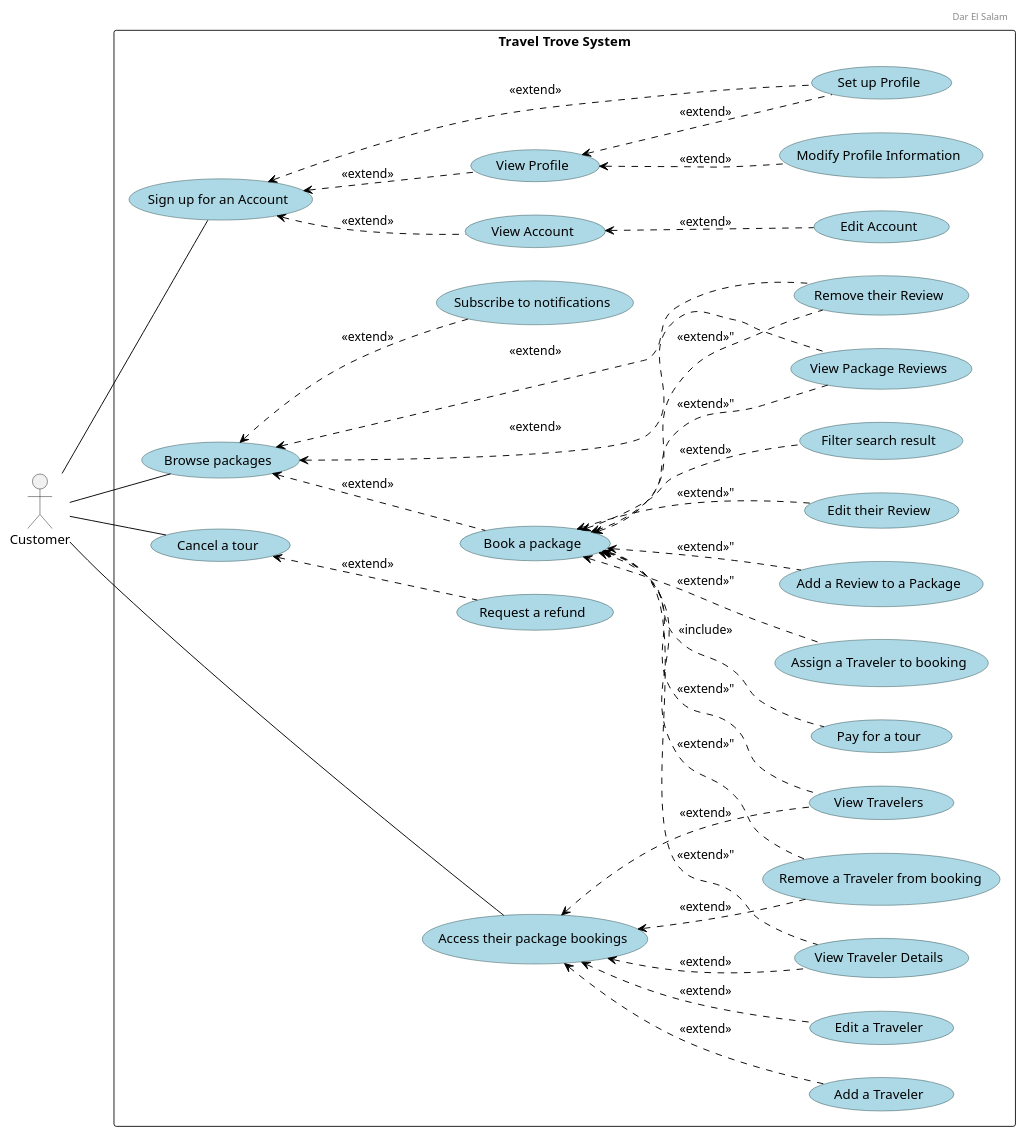
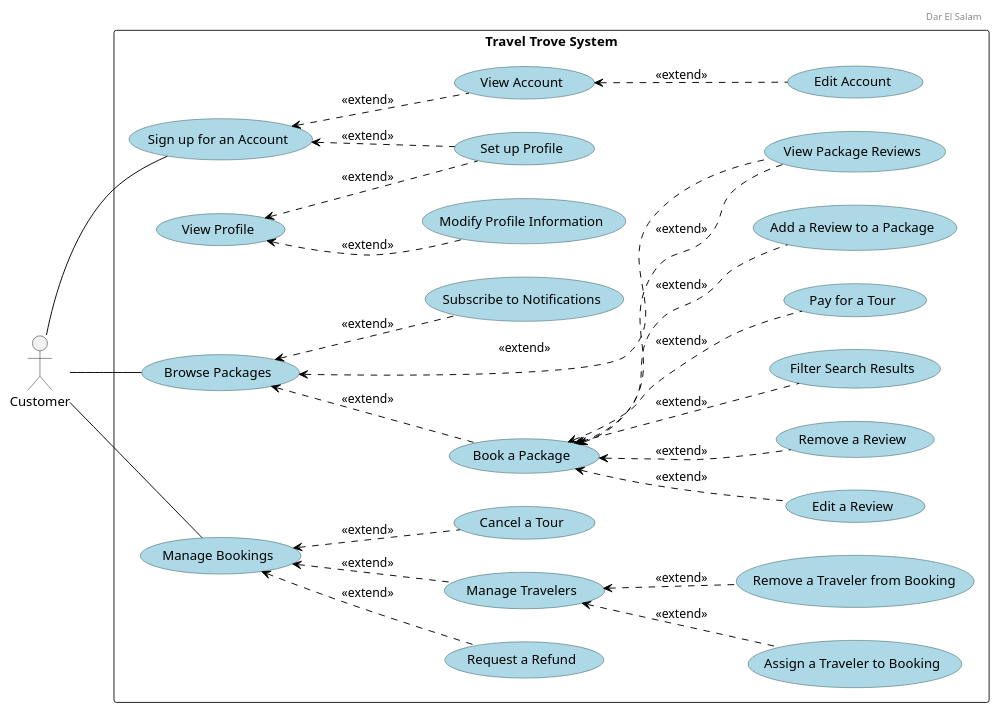
Before and after one commit to Hares-2088/TravelTrove: the diagram in diagrams/use cases/Customer.puml, drawn with PlantUML. The commit also changed 3 other files, not shown here.

Commit message:
some diagrams

```diff
--- a/diagrams/use cases/Customer.puml
+++ b/diagrams/use cases/Customer.puml
@@ -1,88 +1,85 @@
 @startuml
 
 left to right direction
 
 ' Add a header with left alignment
 header
 Dar El Salam
 endheader
 
 ' Align the header text to the left
 skinparam headerAlignment left
 
 ' Custom skin parameters for use cases
 skinparam usecase {
     BackgroundColor lightblue
     BorderColor DarkSlateGray
     ArrowColor Black
 }
 
 actor "Customer" as Customer
 
 rectangle "Travel Trove System" {
 
+    ' Account Management
     usecase "Sign up for an Account"
     usecase "Set up Profile"
     usecase "View Account"
     usecase "Edit Account"
     usecase "View Profile"
     usecase "Modify Profile Information"
 
-    usecase "Browse packages"
-    usecase "Filter search result"
-    usecase "Subscribe to notifications"
+    ' Package Browsing & Booking
+    usecase "Browse Packages"
+    usecase "Filter Search Results"
+    usecase "Subscribe to Notifications"
+    usecase "Book a Package"
+    usecase "Pay for a Tour"
 
-    usecase "Book a package"
-    usecase "Pay for a tour"
+    ' Booking Management
+    usecase "Manage Bookings"
+    usecase "Cancel a Tour"
+    usecase "Request a Refund"
 
-    usecase "Cancel a tour"
-    usecase "Request a refund"
+    ' Traveler Management
+    usecase "Manage Travelers"
+    usecase "Assign a Traveler to Booking"
+    usecase "Remove a Traveler from Booking"
 
-    usecase "View Travelers"
-    usecase "View Traveler Details"
-    usecase "Add a Traveler"
-    usecase "Edit a Traveler"
-    usecase "Assign a Traveler to booking"
-    usecase "Remove a Traveler from booking"
-
-    usecase "Access their package bookings"
-
+    ' Reviews Management
     usecase "View Package Reviews"
     usecase "Add a Review to a Package"
-    usecase "Edit their Review"
-    usecase "Remove their Review"
+    usecase "Edit a Review"
+    usecase "Remove a Review"
 }
 
+' Relationships & Dependencies
 "Sign up for an Account" <.. "Set up Profile" : <<extend>>
 "Sign up for an Account" <.. "View Account" : <<extend>>
 "View Account" <.. "Edit Account" : <<extend>>
-"Browse packages" <.. "Book a package" : <<extend>>
-"Browse packages" <.. "Subscribe to notifications" : <<extend>>
-"Browse packages" <.. "View Package Reviews" : <<extend>>
-"Browse packages" <.. "Remove their Review" : <<extend>>
-"Book a package" <.. "Filter search result" : <<extend>>
-"Book a package" <.. "Pay for a tour" : <<include>>
-"Cancel a tour" <.. "Request a refund" : <<extend>>
-"Sign up for an Account" <.. "View Profile" : <<extend>>
 "View Profile" <.. "Modify Profile Information" : <<extend>>
 "View Profile" <.. "Set up Profile" : <<extend>>
-"Access their package bookings" <.. "View Travelers" : <<extend>>
-"Access their package bookings" <.. "View Traveler Details" : <<extend>>
-"Access their package bookings" <.. "Add a Traveler" : <<extend>>
-"Access their package bookings" <.. "Edit a Traveler" : <<extend>>
-"Access their package bookings" <.. "Remove a Traveler from booking" : <<extend>>
-"Book a package" <.. "View Travelers" : <<extend>>"
-"Book a package" <.. "View Traveler Details" : <<extend>>"
-"Book a package" <.. "Remove a Traveler from booking" : <<extend>>"
-"Book a package" <.. "Assign a Traveler to booking" : <<extend>>"
-"Book a package" <.. "View Package Reviews" : <<extend>>"
-"Book a package" <.. "Add a Review to a Package" : <<extend>>"
-"Book a package" <.. "Edit their Review" : <<extend>>"
-"Book a package" <.. "Remove their Review" : <<extend>>"
+
+"Browse Packages" <.. "Book a Package" : <<extend>>
+"Browse Packages" <.. "Subscribe to Notifications" : <<extend>>
+"Browse Packages" <.. "View Package Reviews" : <<extend>>
+"Book a Package" <.. "Filter Search Results" : <<extend>>
+"Book a Package" <.. "Pay for a Tour" : <<extend>>
+
+"Manage Bookings" <.. "Cancel a Tour" : <<extend>>
+"Manage Bookings" <.. "Request a Refund" : <<extend>>
+"Manage Bookings" <.. "Manage Travelers" : <<extend>>
+
+"Manage Travelers" <.. "Assign a Traveler to Booking" : <<extend>>
+"Manage Travelers" <.. "Remove a Traveler from Booking" : <<extend>>
+
+"Book a Package" <.. "View Package Reviews" : <<extend>>
+"Book a Package" <.. "Add a Review to a Package" : <<extend>>
+"Book a Package" <.. "Edit a Review" : <<extend>>
+"Book a Package" <.. "Remove a Review" : <<extend>>
 
 Customer -- "Sign up for an Account"
-Customer -- "Browse packages"
-Customer -- "Access their package bookings"
-Customer -- "Cancel a tour"
+Customer -- "Browse Packages"
+Customer -- "Manage Bookings"
 
 @enduml
```
